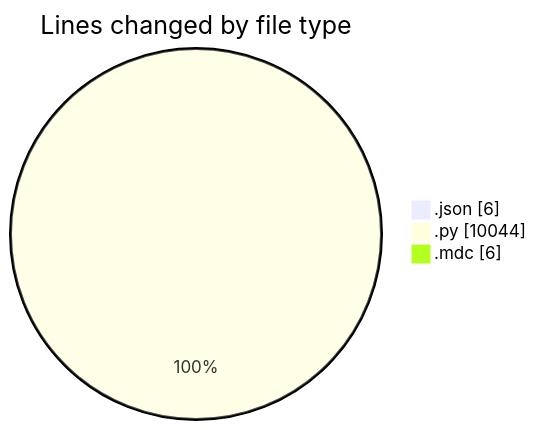
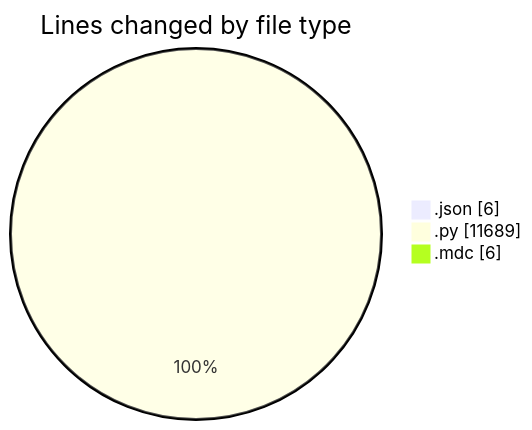
Before and after one commit to jrari/code-tracking: the first of 2 diagrams in 2025-07-16/telebot/README.md, drawn with Mermaid. The commit also changed other lines of this file and 1 other file, not shown here.

````diff
--- a/2025-07-16/telebot/README.md
+++ b/2025-07-16/telebot/README.md
@@ -29,7 +29,7 @@
 ```mermaid
 pie showData
 title Lines changed by file type
 ".json" : 6
-".py" : 10044
+".py" : 11689
 ".mdc" : 6
 ```
````
